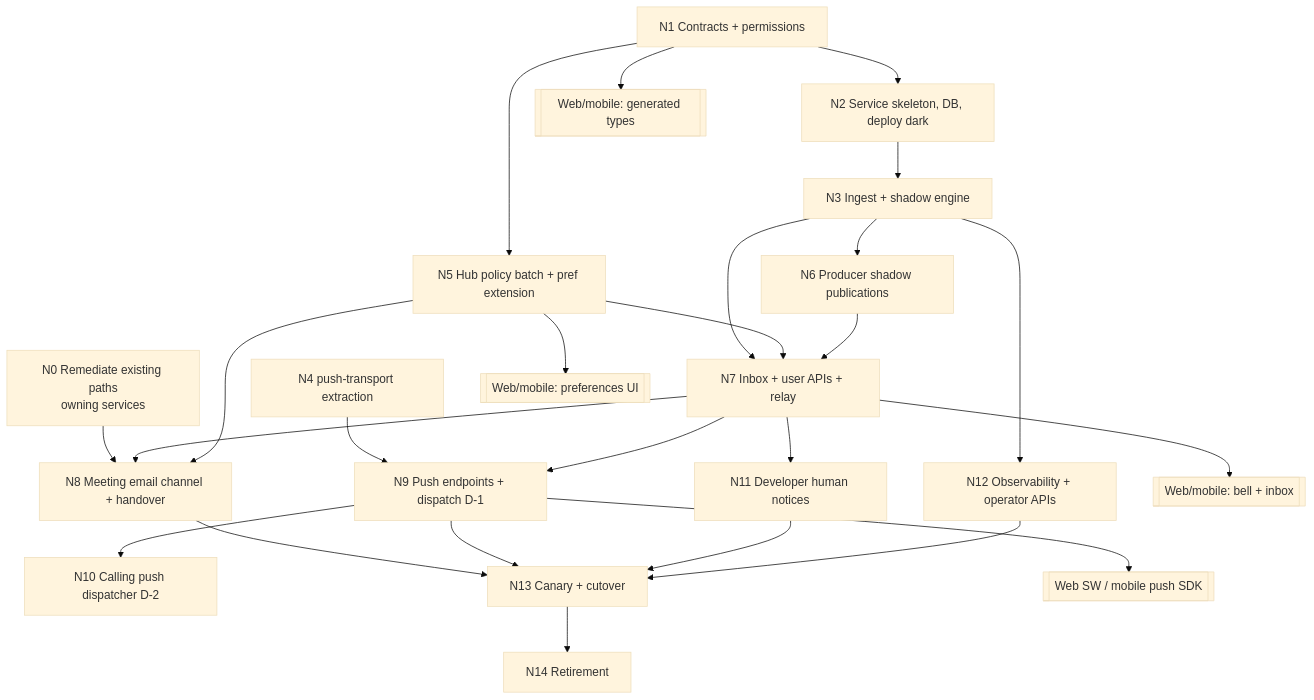
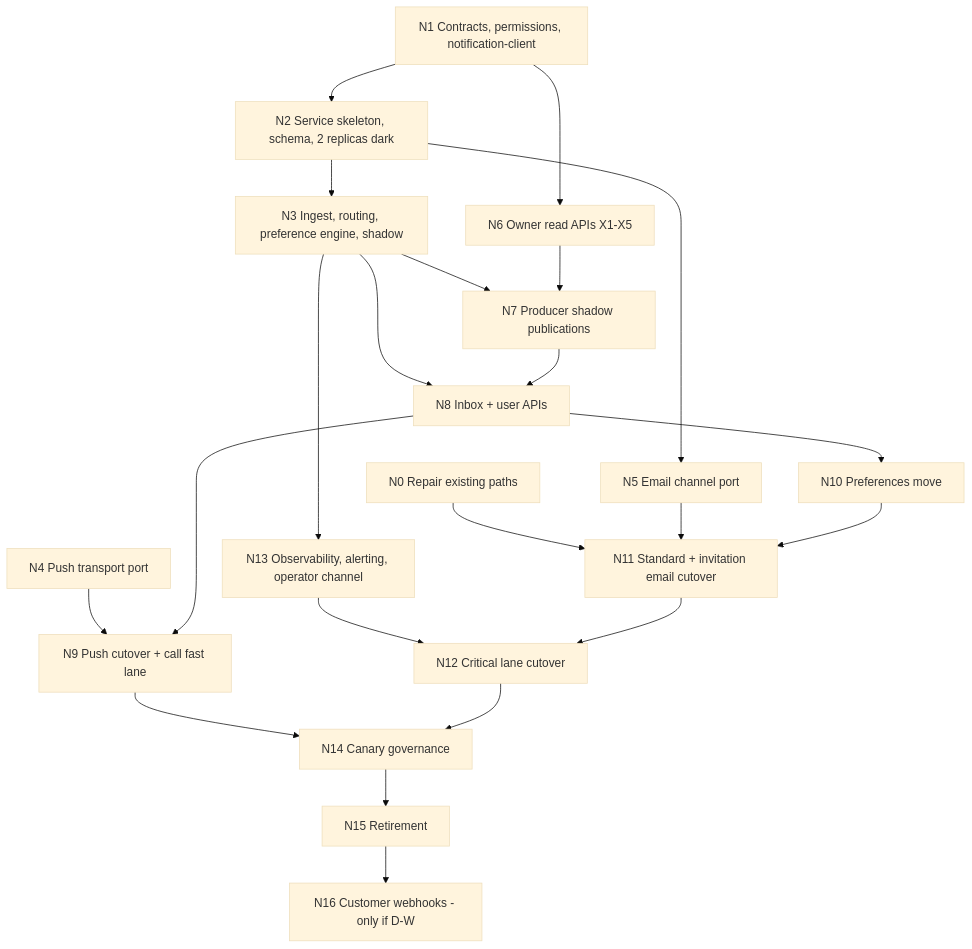
Before and after one commit to CosmicforgeHealthnet/cfmeet: the diagram in docs/audits/notification-service/06-implementation-roadmap.md, drawn with Mermaid (base theme). The commit also changed other lines of this file and 8 other files, not shown here.

First line of the commit message:
docs: notification audit revision 2 — unified service (all pipelines move in)

````diff
--- a/docs/audits/notification-service/06-implementation-roadmap.md
+++ b/docs/audits/notification-service/06-implementation-roadmap.md
@@ -11,45 +7,41 @@
 ```mermaid
 flowchart TD
-  N0[N0 Remediate existing paths<br/>owning services]
-  N1[N1 Contracts + permissions]
-  N2[N2 Service skeleton, DB, deploy dark]
-  N3[N3 Ingest + shadow engine]
-  N4[N4 push-transport extraction]
-  N5[N5 Hub policy batch + pref extension]
-  N6[N6 Producer shadow publications]
-  N7[N7 Inbox + user APIs + relay]
-  N8[N8 Meeting email channel + handover]
-  N9[N9 Push endpoints + dispatch D-1]
-  N10[N10 Calling push dispatcher D-2]
-  N11[N11 Developer human notices]
-  N12[N12 Observability + operator APIs]
-  N13[N13 Canary + cutover]
-  N14[N14 Retirement]
-  FE1[[Web/mobile: generated types]]
-  FE2[[Web/mobile: bell + inbox]]
-  FE3[[Web/mobile: preferences UI]]
-  FE4[[Web SW / mobile push SDK]]
+  N0[N0 Repair existing paths]
+  N1[N1 Contracts, permissions, notification-client]
+  N2[N2 Service skeleton, schema, 2 replicas dark]
+  N3[N3 Ingest, routing, preference engine, shadow]
+  N4[N4 Push transport port]
+  N5[N5 Email channel port]
+  N6[N6 Owner read APIs X1-X5]
+  N7[N7 Producer shadow publications]
+  N8[N8 Inbox + user APIs]
+  N9[N9 Push cutover + call fast lane]
+  N10[N10 Preferences move]
+  N11[N11 Standard + invitation email cutover]
+  N12[N12 Critical lane cutover]
+  N13[N13 Observability, alerting, operator channel]
+  N14[N14 Canary governance]
+  N15[N15 Retirement]
+  N16[N16 Customer webhooks - only if D-W]
 
-  N1 --> N2 --> N3 --> N6
-  N1 --> N5
+  N1 --> N2 --> N3
+  N1 --> N6
   N3 --> N7
-  N5 --> N7
   N6 --> N7
-  N0 --> N8
+  N3 --> N8
   N7 --> N8
-  N5 --> N8
   N4 --> N9
-  N7 --> N9
-  N9 --> N10
-  N7 --> N11
-  N3 --> N12
-  N8 --> N13
-  N9 --> N13
-  N11 --> N13
-  N12 --> N13
-  N13 --> N14
-  N1 --> FE1
-  N7 --> FE2
-  N5 --> FE3
-  N9 --> FE4
+  N8 --> N9
+  N8 --> N10
+  N0 --> N11
+  N5 --> N11
+  N10 --> N11
+  N13 --> N12
+  N11 --> N12
+  N3 --> N13
+  N9 --> N14
+  N12 --> N14
+  N14 --> N15
+  N15 --> N16
+  N2 --> N5
 ```
````
